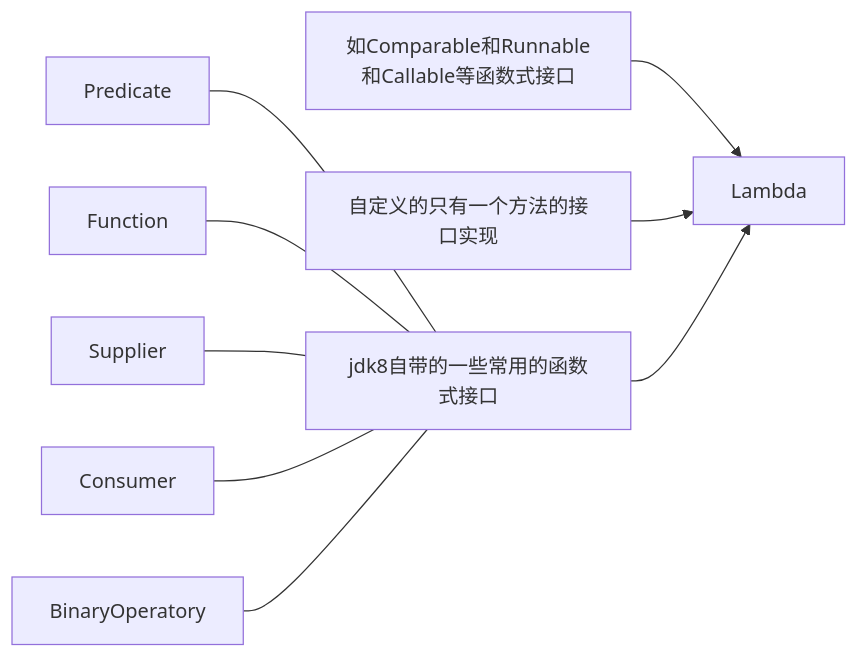
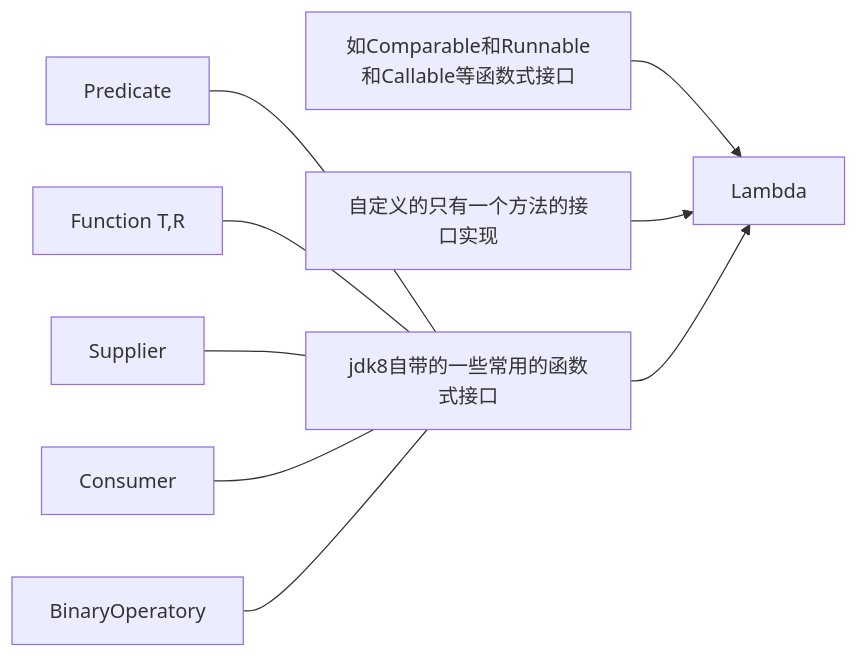
Before and after one commit to androidjp/androidjp.github.io: the diagram in source/_posts/JDK-8.md, drawn with Mermaid. The commit also changed other lines of this file and 15 other files, not shown here.

Commit message:
upgrate all lib version, and fix the mermaid display issue.

````diff
--- a/source/_posts/JDK-8.md
+++ b/source/_posts/JDK-8.md
@@ -41,20 +41,20 @@
   ```mermaid
   graph LR
-  A["如Comparable和Runnable和Callable等函数式接口"]
-  B["自定义的只有一个方法的接口实现"]
-  E["jdk8自带的一些常用的函数式接口"]
-  E1["Predicate"]
-  E2["Function<T,R>"]
-  E3["Supplier"]
-  E4["Consumer"]
-  E5["BinaryOperatory"]
-  C["Lambda"]
+  A[如Comparable和Runnable和Callable等函数式接口]
+  B[自定义的只有一个方法的接口实现]
+  E[jdk8自带的一些常用的函数式接口]
+  E1[Predicate]
+  E2[Function T,R]
+  E3[Supplier]
+  E4[Consumer]
+  E5[BinaryOperatory]
+  C[Lambda]
   A --> C
   B --> C
   E1 --- E
   E2 --- E
   E3 --- E
   E4 --- E
   E5 --- E
   E --> C
   ```
````
